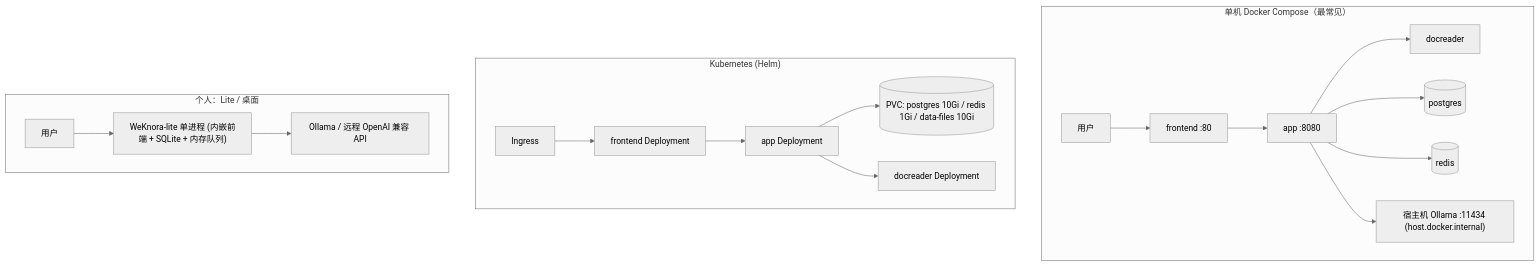
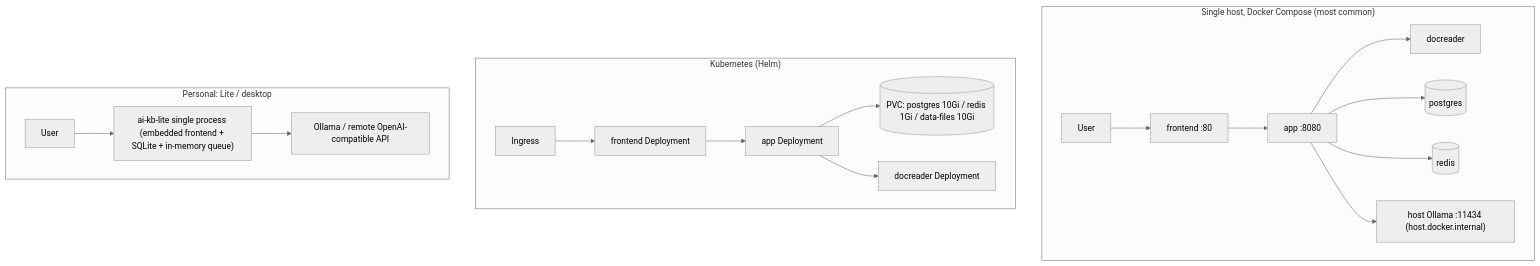
The second of 2 diagrams in website-docs/01-getting-started/02-installation.md (jrmatherly/ai-kb), drawn with Mermaid (neutral theme) before and after one commit. The commit also changed other lines of this file and 17 other files, not shown here.

````diff
--- a/website-docs/01-getting-started/02-installation.md
+++ b/website-docs/01-getting-started/02-installation.md
@@ -288,22 +288,22 @@
 ```mermaid
 flowchart TB
-    subgraph host["单机 Docker Compose（最常见）"]
+    subgraph host["Single host, Docker Compose (most common)"]
         direction LR
-        U1["用户"] --> N1["frontend :80"] --> A1["app :8080"]
+        U1["User"] --> N1["frontend :80"] --> A1["app :8080"]
         A1 --> D1["docreader"]
         A1 --> P1[("postgres")]
         A1 --> R1[("redis")]
-        A1 --> O1["宿主机 Ollama :11434 (host.docker.internal)"]
+        A1 --> O1["host Ollama :11434 (host.docker.internal)"]
     end
     subgraph k8s["Kubernetes (Helm)"]
         direction LR
         ING["Ingress"] --> FE2["frontend Deployment"] --> A2["app Deployment"]
         A2 --> PVC1[("PVC: postgres 10Gi / redis 1Gi / data-files 10Gi")]
         A2 --> D2["docreader Deployment"]
     end
-    subgraph laptop["个人：Lite / 桌面"]
+    subgraph laptop["Personal: Lite / desktop"]
         direction LR
-        U3["用户"] --> L1["WeKnora-lite 单进程 (内嵌前端 + SQLite + 内存队列)"]
-        L1 --> O3["Ollama / 远程 OpenAI 兼容 API"]
+        U3["User"] --> L1["ai-kb-lite single process (embedded frontend + SQLite + in-memory queue)"]
+        L1 --> O3["Ollama / remote OpenAI-compatible API"]
     end
 ```
````
